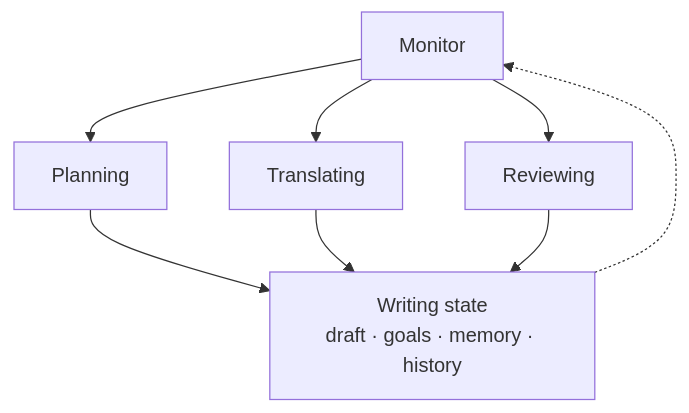
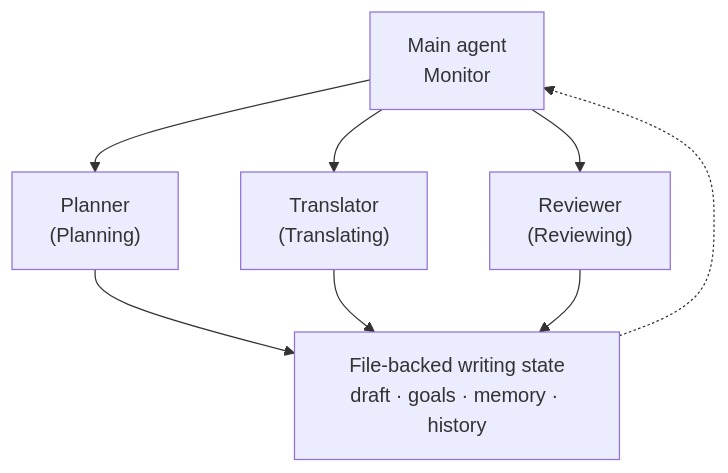
Before and after one commit to shunk031/agentic-cognitive-writing: the diagram in docs/index.md, drawn with Mermaid.

Commit message:
Use implementation agent names in homepage diagram

````diff
--- a/docs/index.md
+++ b/docs/index.md
@@ -28,18 +28,18 @@
 ```mermaid
 flowchart TB
-    monitor["Monitor"]
-    planning["Planning"]
-    translating["Translating"]
-    reviewing["Reviewing"]
-    state["Writing state<br/>draft · goals · memory · history"]
+    monitor["Main agent<br/>Monitor"]
+    planner["Planner<br/>(Planning)"]
+    translator["Translator<br/>(Translating)"]
+    reviewer["Reviewer<br/>(Reviewing)"]
+    state["File-backed writing state<br/>draft · goals · memory · history"]
 
-    monitor --> planning
-    monitor --> translating
-    monitor --> reviewing
+    monitor --> planner
+    monitor --> translator
+    monitor --> reviewer
 
-    planning --> state
-    translating --> state
-    reviewing --> state
+    planner --> state
+    translator --> state
+    reviewer --> state
 
     state -.-> monitor
 ```
````
